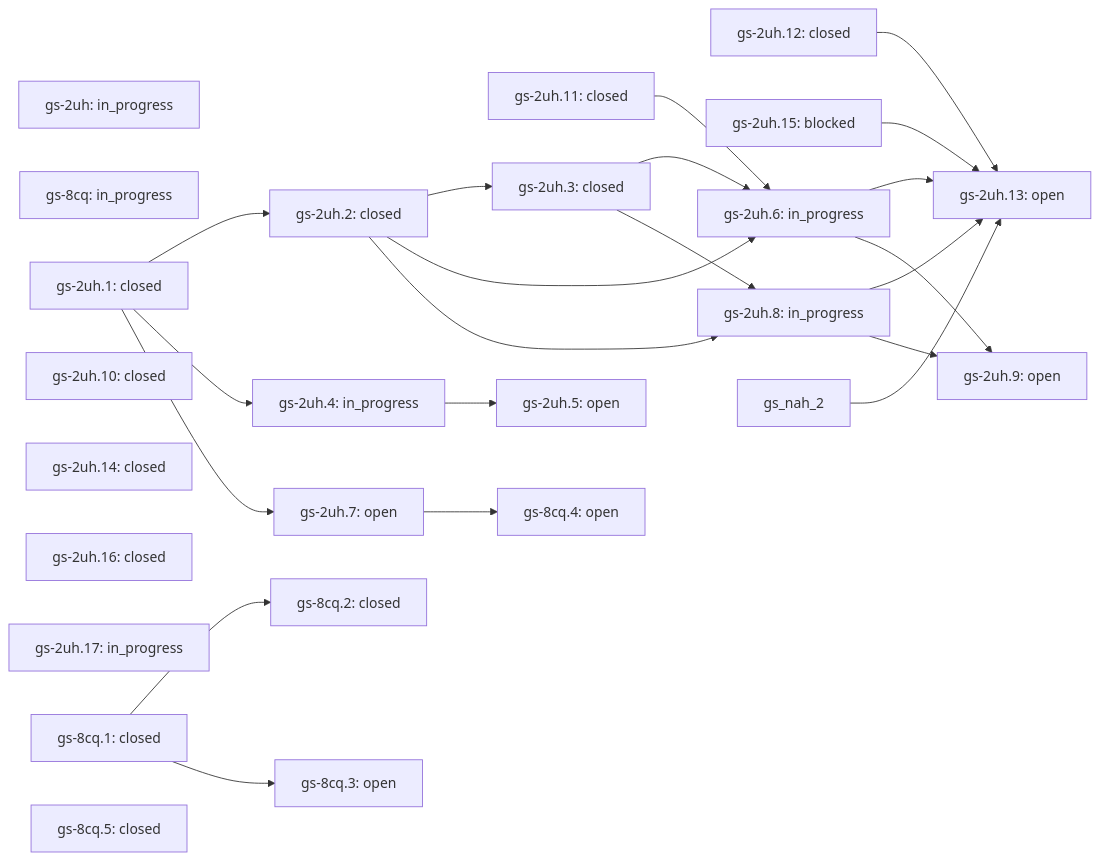
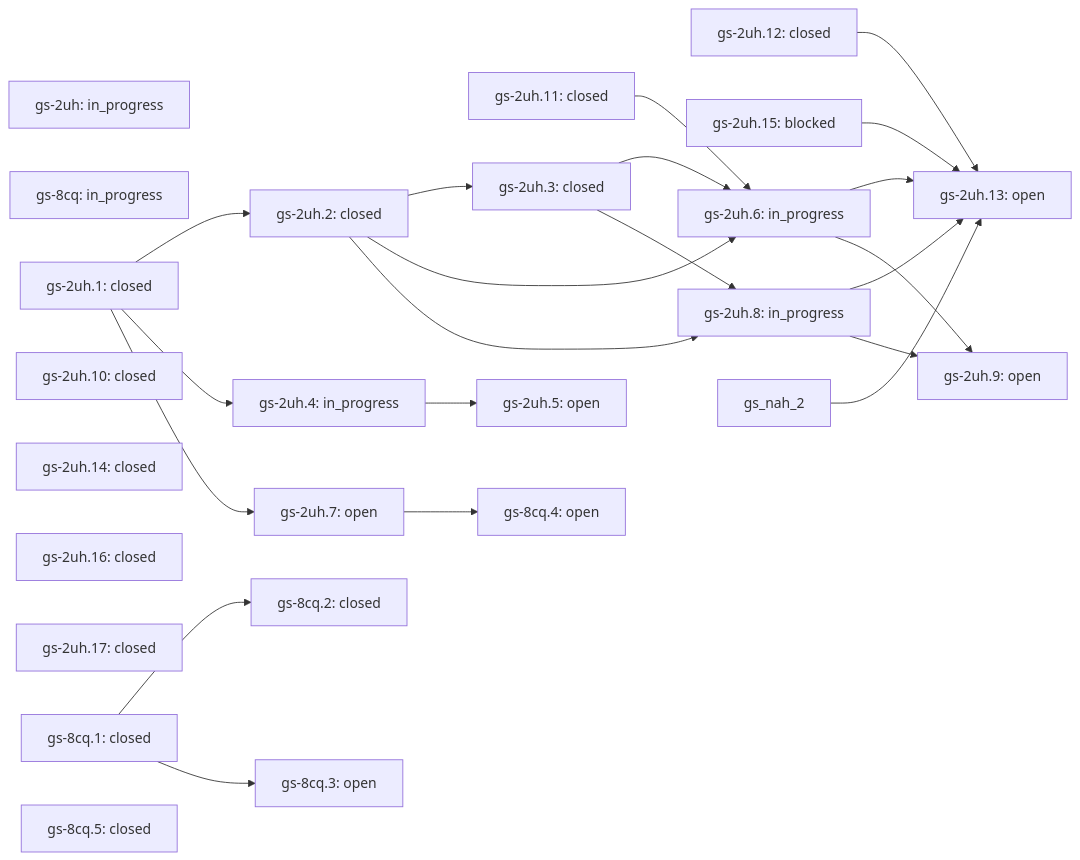
Before and after one commit to lifeofgurpreet/G-Skills: the diagram in docs/skills/vps-health/ROADMAP.md, drawn with Mermaid. The commit also changed other lines of this file and 4 other files, not shown here.

````diff
--- a/docs/skills/vps-health/ROADMAP.md
+++ b/docs/skills/vps-health/ROADMAP.md
@@ -36,47 +36,47 @@
 ```mermaid
 flowchart LR
   gs_2uh["gs-2uh: in_progress"]
   gs_8cq["gs-8cq: in_progress"]
   gs_2uh_1["gs-2uh.1: closed"]
   gs_2uh_10["gs-2uh.10: closed"]
   gs_2uh_11["gs-2uh.11: closed"]
   gs_2uh_12["gs-2uh.12: closed"]
   gs_2uh_13["gs-2uh.13: open"]
   gs_2uh_12 --> gs_2uh_13
   gs_2uh_15 --> gs_2uh_13
   gs_2uh_6 --> gs_2uh_13
   gs_2uh_8 --> gs_2uh_13
   gs_nah_2 --> gs_2uh_13
   gs_2uh_14["gs-2uh.14: closed"]
   gs_2uh_15["gs-2uh.15: blocked"]
   gs_2uh_16["gs-2uh.16: closed"]
-  gs_2uh_17["gs-2uh.17: in_progress"]
+  gs_2uh_17["gs-2uh.17: closed"]
   gs_2uh_2["gs-2uh.2: closed"]
   gs_2uh_1 --> gs_2uh_2
   gs_2uh_3["gs-2uh.3: closed"]
   gs_2uh_2 --> gs_2uh_3
   gs_2uh_4["gs-2uh.4: in_progress"]
   gs_2uh_1 --> gs_2uh_4
   gs_2uh_5["gs-2uh.5: open"]
   gs_2uh_4 --> gs_2uh_5
   gs_2uh_6["gs-2uh.6: in_progress"]
   gs_2uh_11 --> gs_2uh_6
   gs_2uh_2 --> gs_2uh_6
   gs_2uh_3 --> gs_2uh_6
   gs_2uh_8["gs-2uh.8: in_progress"]
   gs_2uh_2 --> gs_2uh_8
   gs_2uh_3 --> gs_2uh_8
   gs_8cq_1["gs-8cq.1: closed"]
   gs_8cq_2["gs-8cq.2: closed"]
   gs_8cq_1 --> gs_8cq_2
   gs_2uh_7["gs-2uh.7: open"]
   gs_2uh_1 --> gs_2uh_7
   gs_2uh_9["gs-2uh.9: open"]
   gs_2uh_6 --> gs_2uh_9
   gs_2uh_8 --> gs_2uh_9
   gs_8cq_3["gs-8cq.3: open"]
   gs_8cq_1 --> gs_8cq_3
   gs_8cq_4["gs-8cq.4: open"]
   gs_2uh_7 --> gs_8cq_4
   gs_8cq_5["gs-8cq.5: closed"]
 ```
````
